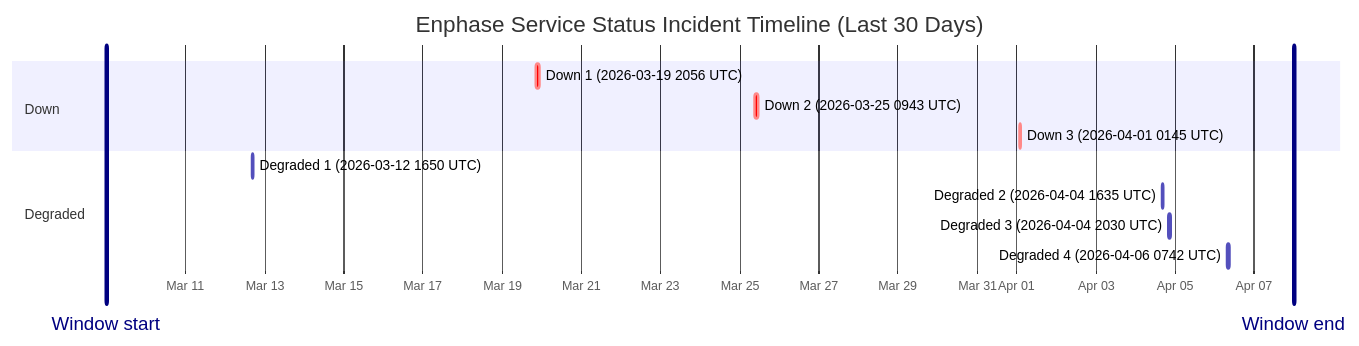
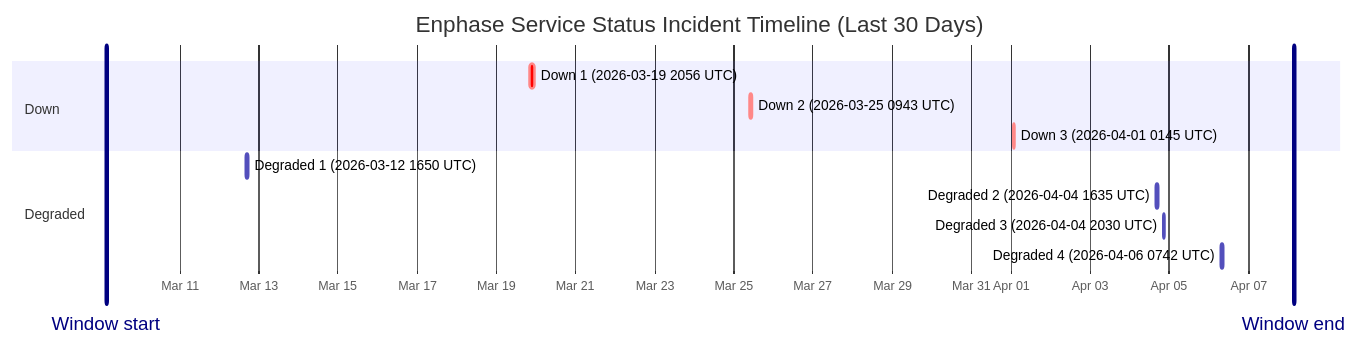
The diagram in wiki/Service-Status-History.md (barneyonline/ha-enphase-ev-charger), drawn with Mermaid before and after one commit. The commit also changed other lines of this file and 3 other files, not shown here.

````diff
--- a/wiki/Service-Status-History.md
+++ b/wiki/Service-Status-History.md
@@ -14,17 +14,17 @@
 ```mermaid
 gantt
     title Enphase Service Status Incident Timeline (Last 30 Days)
     dateFormat  YYYY-MM-DDTHH:mm:ss
     axisFormat  %b %d
-    Window start :vert, window-start, 2026-03-09T00:02:16, 0ms
-    Window end :vert, window-end, 2026-04-08T00:02:16, 0ms
+    Window start :vert, window-start, 2026-03-09T03:38:52, 0ms
+    Window end :vert, window-end, 2026-04-08T03:38:52, 0ms
     section Down
     Down 1 (2026-03-19 2056 UTC) :crit, down-1, 2026-03-19T20:56:20, 145m
     Down 2 (2026-03-25 0943 UTC) :crit, down-2, 2026-03-25T09:43:28, 111m
     Down 3 (2026-04-01 0145 UTC) :crit, down-3, 2026-04-01T01:45:09, 60m
     section Degraded
     Degraded 1 (2026-03-12 1650 UTC) :active, degraded-1, 2026-03-12T16:50:43, 60m
     Degraded 2 (2026-04-04 1635 UTC) :active, degraded-2, 2026-04-04T16:35:17, 60m
     Degraded 3 (2026-04-04 2030 UTC) :active, degraded-3, 2026-04-04T20:30:40, 60m
     Degraded 4 (2026-04-06 0742 UTC) :active, degraded-4, 2026-04-06T07:42:09, 85m
 ```
````
